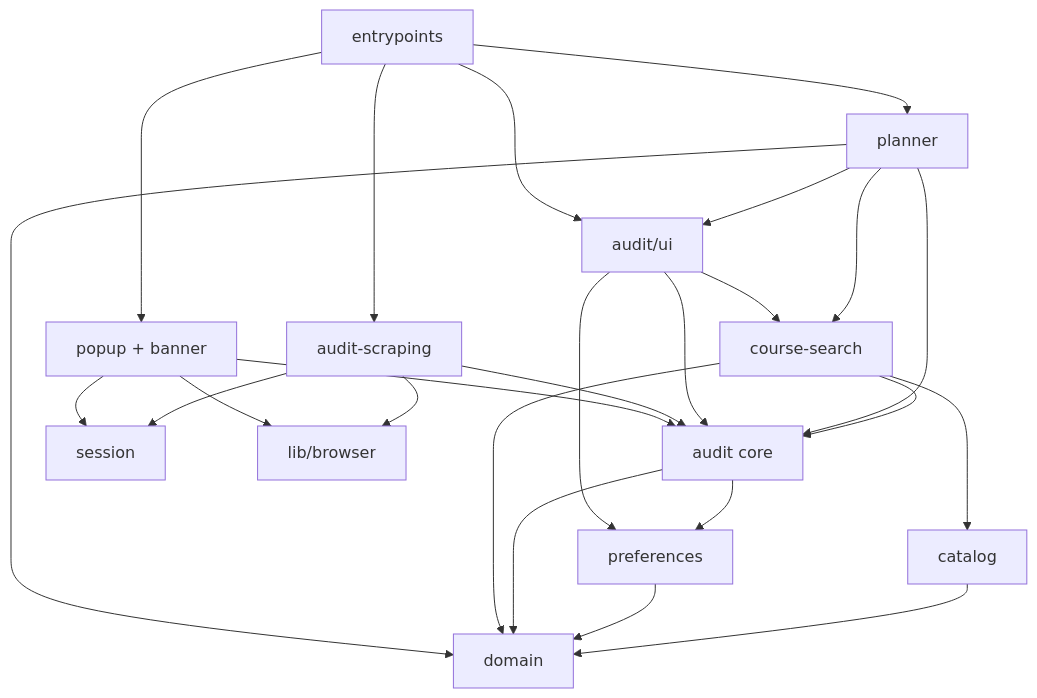
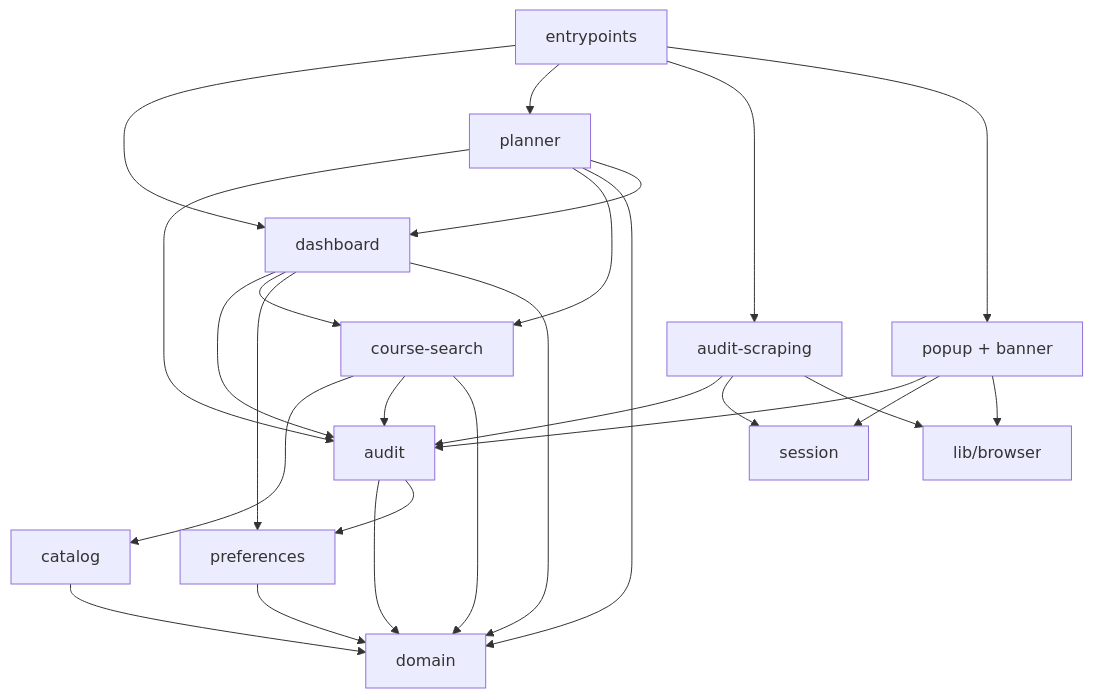
One commit to Longhorn-Developers/Degree-Audit-Plus changed the first of 3 diagrams in docs/architecture.md. Above: the diagram before and after it, drawn with Mermaid. The commit also changed other lines of this file and 31 other files, not shown here.

````diff
--- a/docs/architecture.md
+++ b/docs/architecture.md
@@ -37,40 +37,41 @@
 ```mermaid
 flowchart TD
     Domain["domain"]
     Catalog["catalog"]
     Preferences["preferences"]
-    AuditCore["audit core"]
+    AuditCore["audit"]
     CourseSearch["course-search"]
     Planner["planner"]
-    AuditUI["audit/ui"]
+    Dashboard["dashboard"]
     Session["session"]
     Messages["lib/browser"]
     Scraping["audit-scraping"]
     Surfaces["popup + banner"]
     Entrypoints["entrypoints"]
 
     Catalog --> Domain
     Preferences --> Domain
     AuditCore --> Domain
     AuditCore --> Preferences
     CourseSearch --> Catalog
     CourseSearch --> AuditCore
     CourseSearch --> Domain
     Planner --> AuditCore
     Planner --> CourseSearch
     Planner --> Domain
-    Planner --> AuditUI
-    AuditUI --> AuditCore
-    AuditUI --> CourseSearch
-    AuditUI --> Preferences
+    Planner --> Dashboard
+    Dashboard --> AuditCore
+    Dashboard --> CourseSearch
+    Dashboard --> Preferences
+    Dashboard --> Domain
     Scraping --> AuditCore
     Scraping --> Session
     Scraping --> Messages
     Surfaces --> AuditCore
     Surfaces --> Session
     Surfaces --> Messages
-    Entrypoints --> AuditUI
+    Entrypoints --> Dashboard
     Entrypoints --> Planner
     Entrypoints --> Scraping
     Entrypoints --> Surfaces
 ```
````
